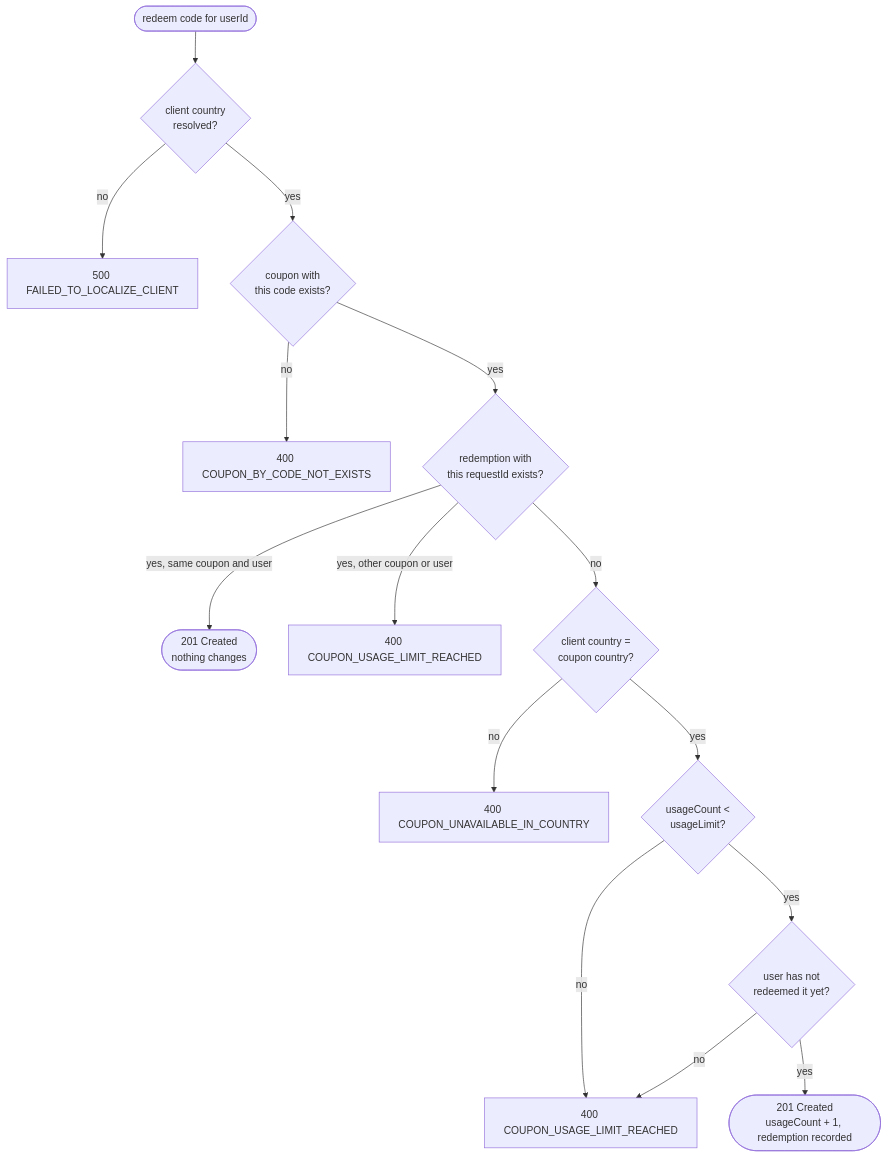
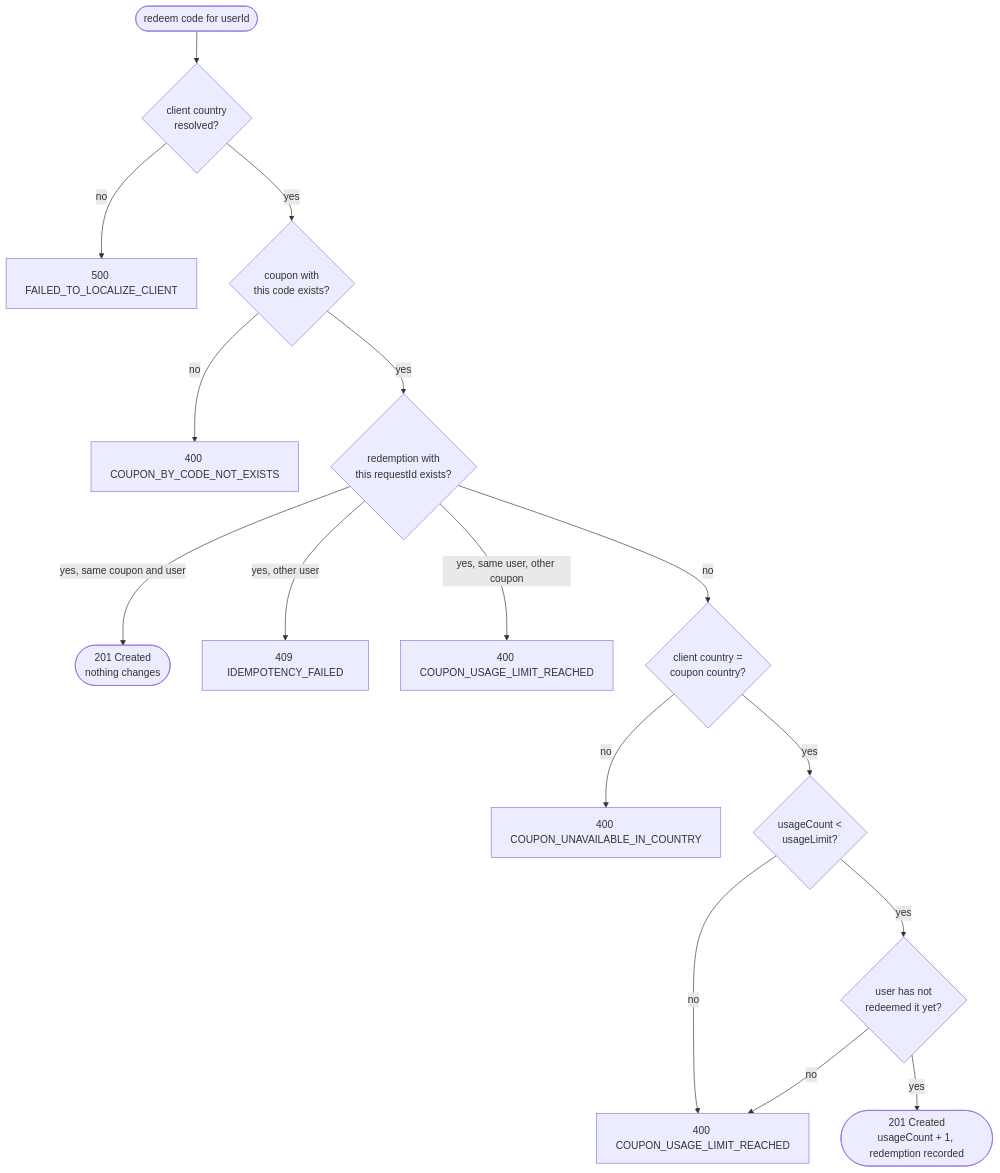
One commit to damianmalczewski/sample-coupon-service changed the diagram in docs/Business-Rules.md. Above: the diagram before and after it, drawn with Mermaid. The commit also changed other lines of this file and 7 other files, not shown here.

Commit message:
Report requestId reuse by another user as IDEMPOTENCY_FAILED

````diff
--- a/docs/Business-Rules.md
+++ b/docs/Business-Rules.md
@@ -34,17 +34,18 @@
 ```mermaid
 flowchart TD
     start(["redeem code for userId"]) --> geo{"client country<br/>resolved?"}
     geo -- no --> e500["500 FAILED_TO_LOCALIZE_CLIENT"]
     geo -- yes --> exists{"coupon with<br/>this code exists?"}
     exists -- no --> e1["400 COUPON_BY_CODE_NOT_EXISTS"]
     exists -- yes --> request{"redemption with<br/>this requestId exists?"}
     request -- "yes, same coupon and user" --> replay(["201 Created<br/>nothing changes"])
-    request -- "yes, other coupon or user" --> e5["400 COUPON_USAGE_LIMIT_REACHED"]
+    request -- "yes, other user" --> e6["409 IDEMPOTENCY_FAILED"]
+    request -- "yes, same user, other coupon" --> e5["400 COUPON_USAGE_LIMIT_REACHED"]
     request -- no --> country{"client country =<br/>coupon country?"}
     country -- no --> e2["400 COUPON_UNAVAILABLE_IN_COUNTRY"]
     country -- yes --> limit{"usageCount <<br/>usageLimit?"}
     limit -- no --> e3["400 COUPON_USAGE_LIMIT_REACHED"]
     limit -- yes --> user{"user has not<br/>redeemed it yet?"}
     user -- no --> e3
     user -- yes --> ok(["201 Created<br/>usageCount + 1, redemption recorded"])
 ```
````
